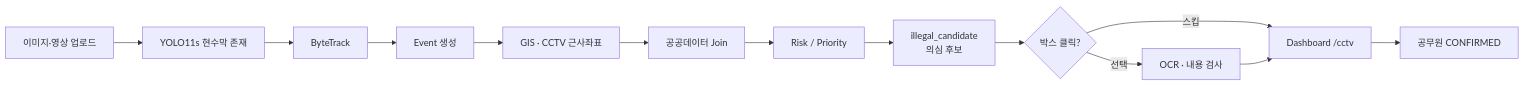
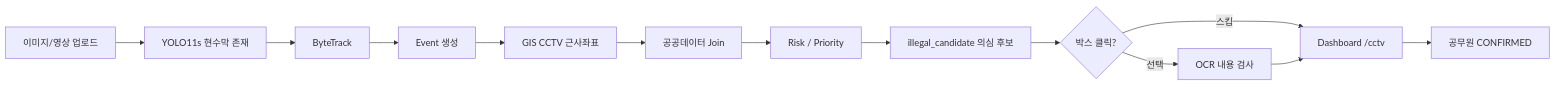
One commit to dlwldn4824/smart_icheon_care changed the first of 3 diagrams in README.md. Above: the diagram before and after it, drawn with Mermaid. The commit also changed other lines of this file, not shown here.

First line of the commit message:
Fix Mermaid parse errors in README diagrams.

````diff
--- a/README.md
+++ b/README.md
@@ -36,15 +36,15 @@
 ```mermaid
 flowchart LR
-  U[이미지·영상 업로드] --> Y[YOLO11s 현수막 존재]
-  Y --> B[ByteTrack]
-  B --> E[Event 생성]
-  E --> G[GIS · CCTV 근사좌표]
-  G --> P[공공데이터 Join]
-  P --> R[Risk / Priority]
-  R --> I[illegal_candidate<br/>의심 후보]
-  I --> C{박스 클릭?}
-  C -->|선택| O[OCR · 내용 검사]
-  C -->|스킵| D[Dashboard /cctv]
+  U["이미지/영상 업로드"] --> Y["YOLO11s 현수막 존재"]
+  Y --> B["ByteTrack"]
+  B --> E["Event 생성"]
+  E --> G["GIS CCTV 근사좌표"]
+  G --> P["공공데이터 Join"]
+  P --> R["Risk / Priority"]
+  R --> I["illegal_candidate 의심 후보"]
+  I --> C{"박스 클릭?"}
+  C -->|선택| O["OCR 내용 검사"]
+  C -->|스킵| D["Dashboard /cctv"]
   O --> D
-  D --> H[공무원 CONFIRMED]
+  D --> H["공무원 CONFIRMED"]
 ```
````
